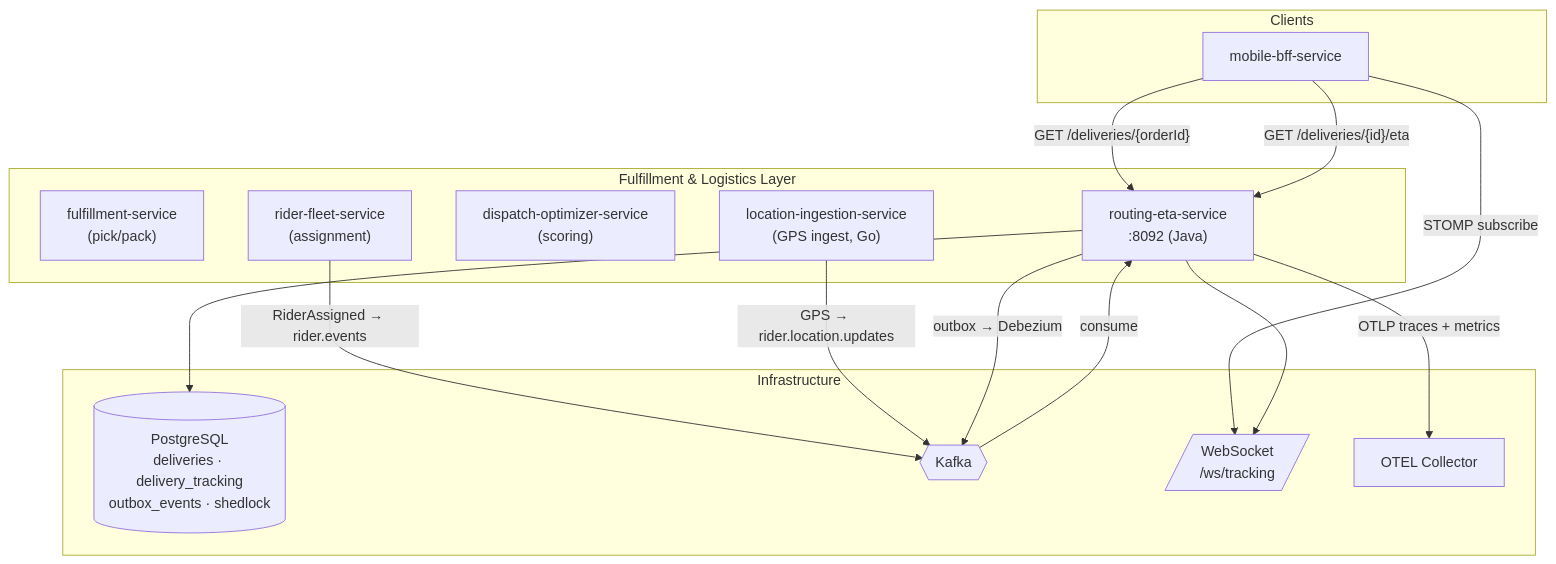
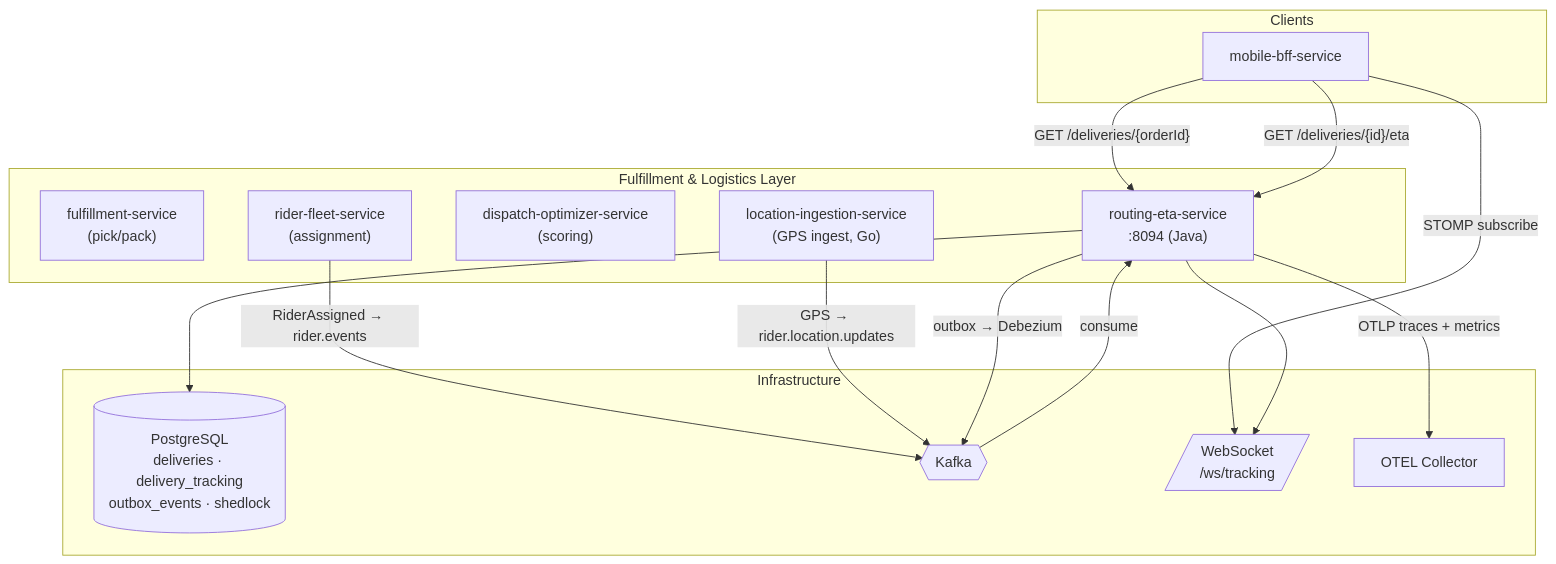
One commit to sunitakeazycommerz-a11y/InstaCommerce changed the first of 6 diagrams in services/routing-eta-service/README.md. Above: the diagram before and after it, drawn with Mermaid. The commit also changed other lines of this file and 77 other files, not shown here.

First line of the commit message:
docs: reconcile monorepo architecture, services and runbooks with codebase truth

````diff
--- a/services/routing-eta-service/README.md
+++ b/services/routing-eta-service/README.md
@@ -59,34 +59,34 @@
 ```mermaid
 flowchart TB
     subgraph Clients
         BFF["mobile-bff-service"]
     end
 
     subgraph "Fulfillment & Logistics Layer"
         FS["fulfillment-service<br/>(pick/pack)"]
         RFS["rider-fleet-service<br/>(assignment)"]
         DOS["dispatch-optimizer-service<br/>(scoring)"]
         LIS["location-ingestion-service<br/>(GPS ingest, Go)"]
-        RES["routing-eta-service<br/>:8092 (Java)"]
+        RES["routing-eta-service<br/>:8094 (Java)"]
     end
 
     subgraph Infrastructure
         PG[(PostgreSQL<br/>deliveries · delivery_tracking<br/>outbox_events · shedlock)]
         KF{{Kafka}}
         WS[/"WebSocket<br/>/ws/tracking"/]
         OTEL["OTEL Collector"]
     end
 
     BFF -->|"GET /deliveries/{orderId}"| RES
     BFF -->|"GET /deliveries/{id}/eta"| RES
     BFF -->|"STOMP subscribe"| WS
 
     RFS -->|"RiderAssigned → rider.events"| KF
     LIS -->|"GPS → rider.location.updates"| KF
     KF -->|consume| RES
 
     RES --> PG
     RES --> WS
     RES -->|outbox → Debezium| KF
     RES -->|OTLP traces + metrics| OTEL
 ```
````
